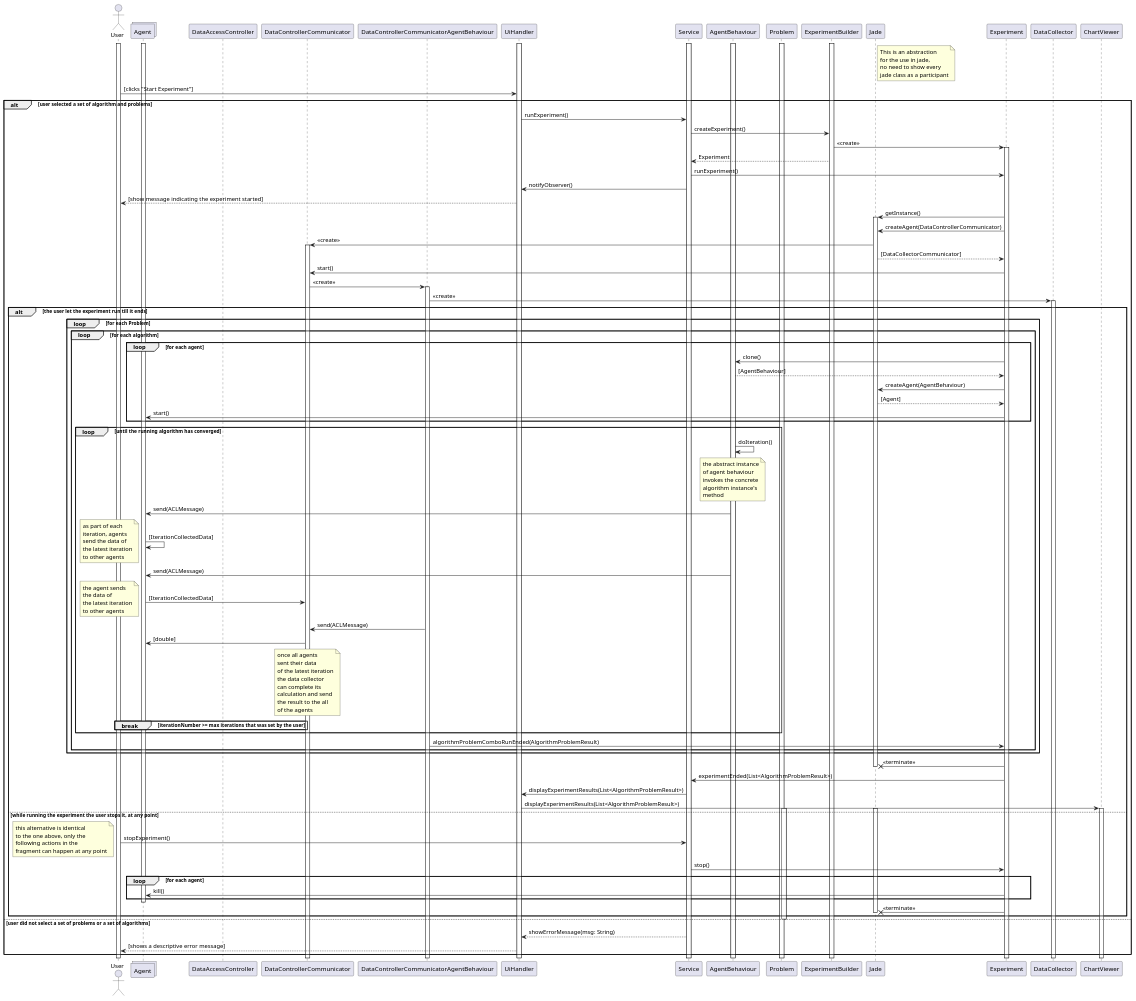
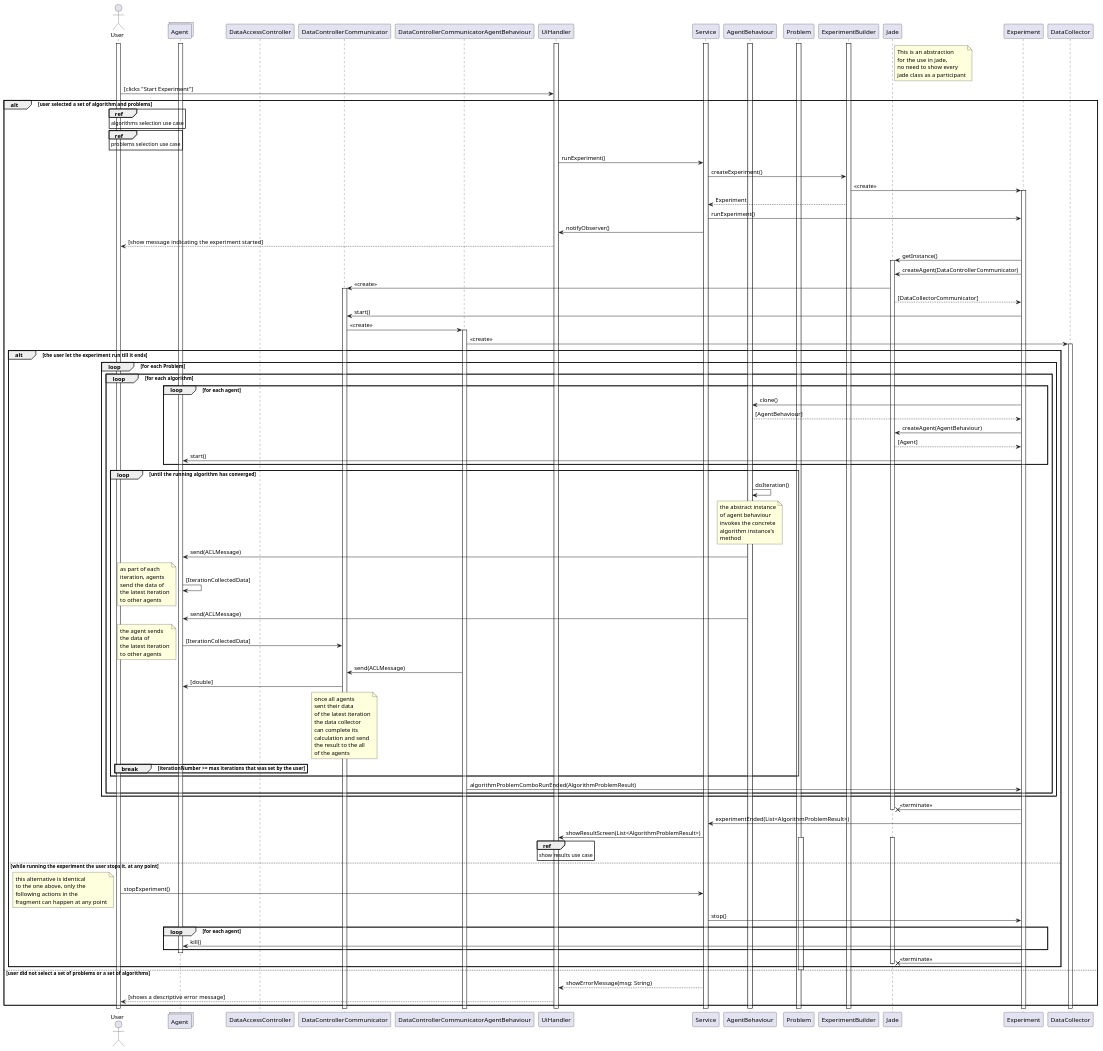
One commit to miamiHits/FinalProject changed the diagram in Docs/Diagrams/behaviour diagrams/scripts/runExperimentSeq.puml. Above: the diagram before and after it, drawn with PlantUML. The commit also changed 9 other files, not shown here.

Commit message:
updated sequence diagrams

```diff
--- a/Docs/Diagrams/behaviour diagrams/scripts/runExperimentSeq.puml
+++ b/Docs/Diagrams/behaviour diagrams/scripts/runExperimentSeq.puml
@@ -1,158 +1,160 @@
 @startuml
 actor User as u
 collections Agent
 participant DataAccessController as DAC
 participant DataControllerCommunicator as DCC
 participant DataControllerCommunicatorAgentBehaviour as DCCB
 
 activate u
 activate UiHandler
 activate Service
 activate Agent
 activate AgentBehaviour
 activate Problem
 activate ExperimentBuilder
 
 note right of Jade
     This is an abstraction
     for the use in jade,
     no need to show every
     jade class as a participant
 end note
 
 u -> UiHandler : [clicks "Start Experiment"]
 
 alt user selected a set of algorithm and problems
+
+    ref over u : algorithms selection use case
+    ref over u : problems selection use case
 
     UiHandler -> Service : runExperiment()
     Service -> ExperimentBuilder : createExperiment()
     ExperimentBuilder -> Experiment : <<create>>
     activate Experiment
     ExperimentBuilder --> Service : Experiment
     Service -> Experiment : runExperiment()
 
     Service -> UiHandler : notifyObserver()
     UiHandler --> u : [show message indicating the experiment started]
 
     Experiment -> Jade : getInstance()
     activate Jade
 
     '/////////create the collection mechanism
     Experiment -> Jade : createAgent(DataControllerCommunicator)
     Jade -> DCC : <<create>>
     activate DCC
     Jade --> Experiment : [DataCollectorCommunicator]
     Experiment -> DCC : start()
     DCC -> DCCB : <<create>>
     activate DCCB
     DCCB -> DataCollector : <<create>>
     activate DataCollector
 
     alt the user let the experiment run till it ends
 
         loop for each Problem
             loop for each algorithm
 
                 '/////////run agents
                 loop for each agent
                     Experiment -> AgentBehaviour : clone()
                     AgentBehaviour --> Experiment : [AgentBehaviour]
                     Experiment -> Jade : createAgent(AgentBehaviour)
                     Jade --> Experiment : [Agent]
                     Experiment -> Agent : start()
 
                 end
                 loop until the running algorithm has converged
                     AgentBehaviour -> AgentBehaviour : doIteration()
                     note over AgentBehaviour
                         the abstract instance
                         of agent behaviour
                         invokes the concrete
                         algorithm instance's
                         method
                     end note
 
                     '// send iteration data to neighbours
                     AgentBehaviour -> Agent : send(ACLMessage)
                     Agent -> Agent : [IterationCollectedData]
                     note left
                         as part of each
                         iteration, agents
                         send the data of
                         the latest iteration
                         to other agents
                     end note
 
                     '// send iteration data to data collector
                     AgentBehaviour -> Agent : send(ACLMessage)
                     Agent -> DCC : [IterationCollectedData]
                     note left
                         the agent sends
                         the data of
                         the latest iteration
                         to other agents
                     end note
 
                     DCCB -> DCC : send(ACLMessage)
                     DCC -> Agent : [double]
                     note over DCC
                         once all agents
                         sent their data
                         of the latest iteration
                         the data collector
                         can complete its
                         calculation and send
                         the result to the all
                         of the agents
                     end note
 
                     break iterationNumber >= max iterations that was set by the user
                     end
                 end
 
                 DCCB -> Experiment : algorithmProblemComboRunEnded(AlgorithmProblemResult)
             end
         end
 
         Experiment ->x Jade : <<terminate>>
         deactivate Jade
 
         Experiment -> Service : experimentEnded(List<AlgorithmProblemResult>)
 
-        Service -> UiHandler : displayExperimentResults(List<AlgorithmProblemResult>)
-        UiHandler -> ChartViewer : displayExperimentResults(List<AlgorithmProblemResult>)
+        Service -> UiHandler : showResultScreen(List<AlgorithmProblemResult>)
 
-        activate ChartViewer
+        ref over UiHandler : show results use case
 
     else while running the experiment the user stops it, at any point
 
         activate Problem
         activate Jade
 
         u -> Service : stopExperiment()
         note left
             this alternative is identical
             to the one above, only the
             following actions in the
             fragment can happen at any point
         end note
         Service -> Experiment : stop()
 
         loop for each agent
             Experiment -> Agent : kill()
         end
 
         deactivate Agent
         Experiment ->x Jade : <<terminate>>
         deactivate Jade
     end
 
     deactivate Problem
 
 else user did not select a set of problems or a set of algorithms
 
     Service --> UiHandler : showErrorMessage(msg: String)
     UiHandler --> u : [shows a descriptive error message]
 
 end
 @enduml
```
